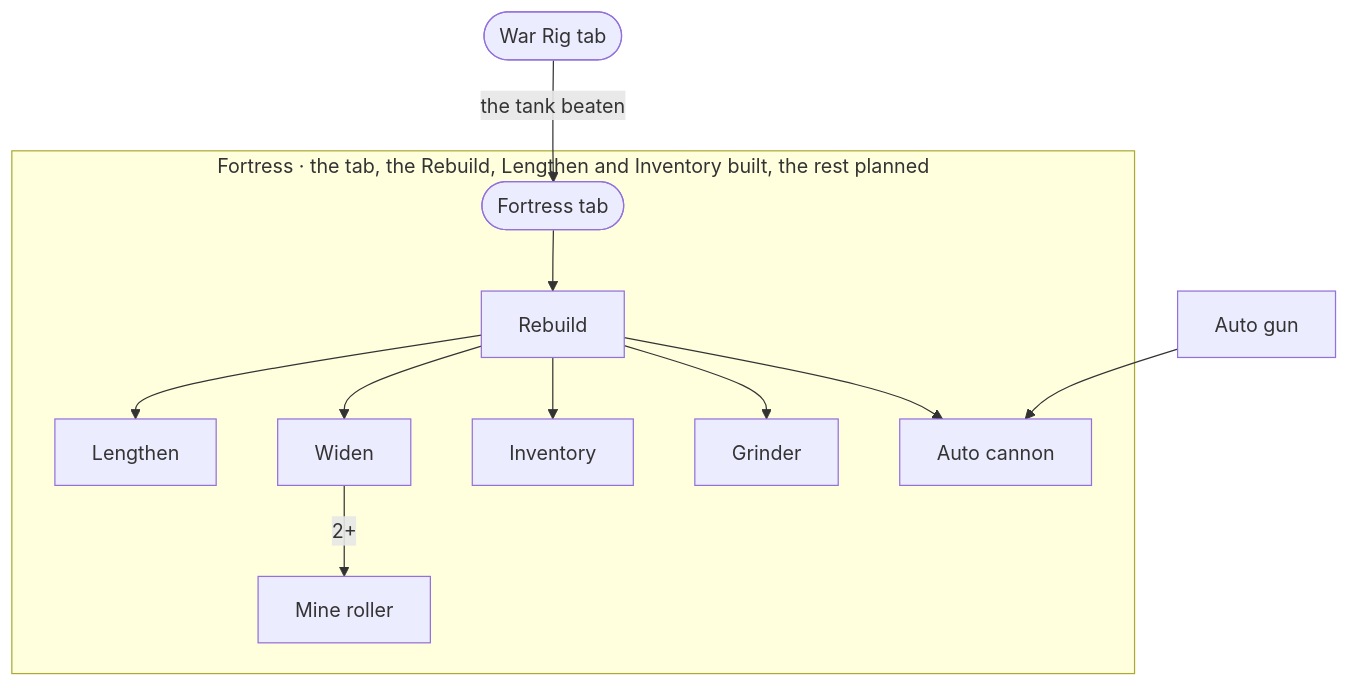
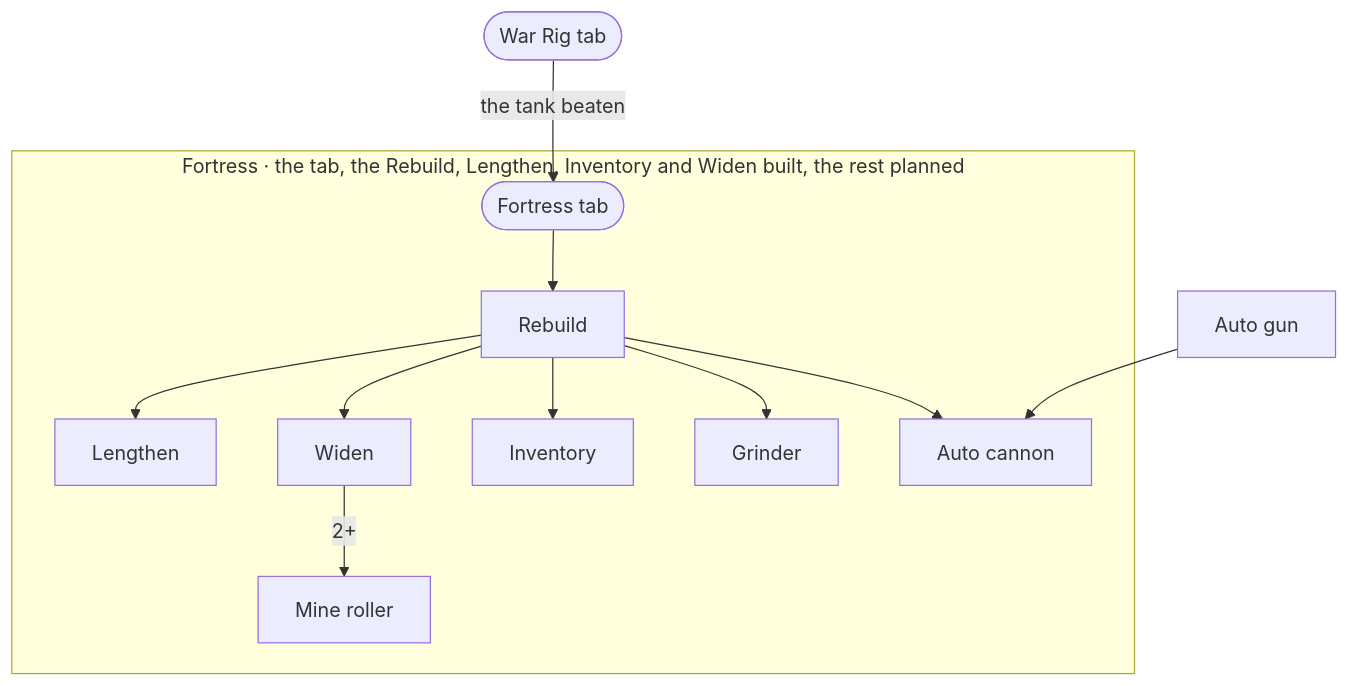
The second of 2 diagrams in docs/upgrade-graph.md (fulibacsi/rev-it), drawn with Mermaid before and after one commit. The commit also changed other lines of this file and 14 other files, not shown here.

First line of the commit message:
Act 5's Widen: the fortress a lane wider, to the road's four

````diff
--- a/docs/upgrade-graph.md
+++ b/docs/upgrade-graph.md
@@ -260,18 +262,18 @@
 ```mermaid
 flowchart TD
-  subgraph X["Fortress · the tab, the Rebuild, Lengthen and Inventory built, the rest planned"]
+  subgraph X["Fortress · the tab, the Rebuild, Lengthen, Inventory and Widen built, the rest planned"]
     fortressTab(["Fortress tab"])
     rebuild["Rebuild"]
     lengthen["Lengthen"]
     widen["Widen"]
     inventory["Inventory"]
     grinder["Grinder"]
     roller["Mine roller"]
     autocannon["Auto cannon"]
   end
   warrig(["War Rig tab"]) -- "the tank beaten" --> fortressTab
   fortressTab --> rebuild
   rebuild --> lengthen & widen & inventory & grinder & autocannon
   widen -- "2+" --> roller
   autogun["Auto gun"] --> autocannon
 ```
````
